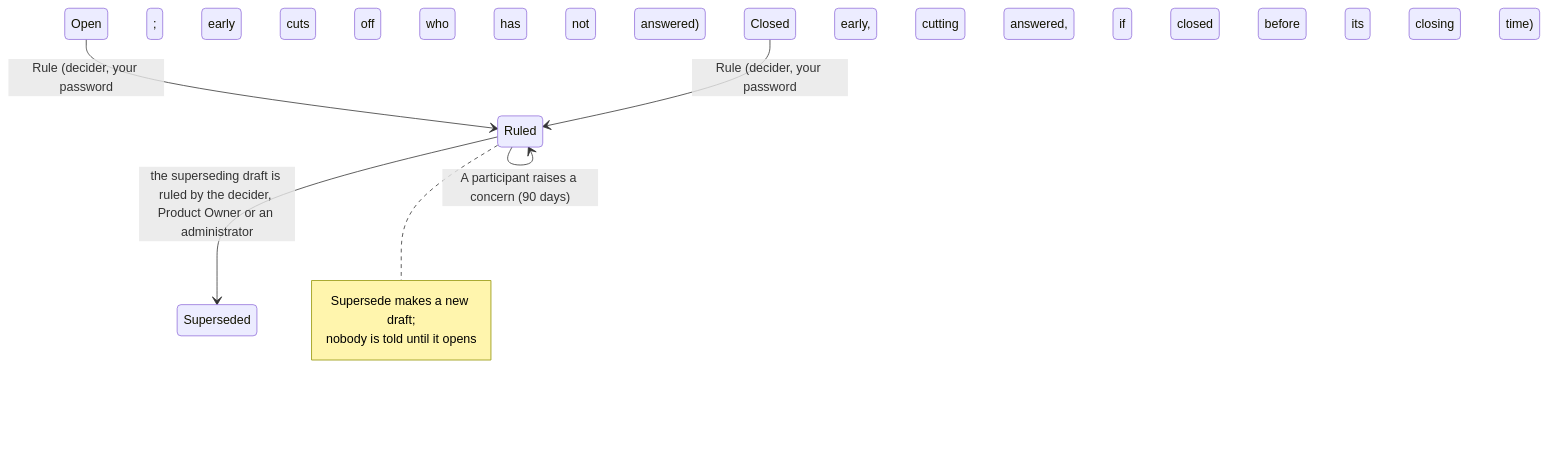
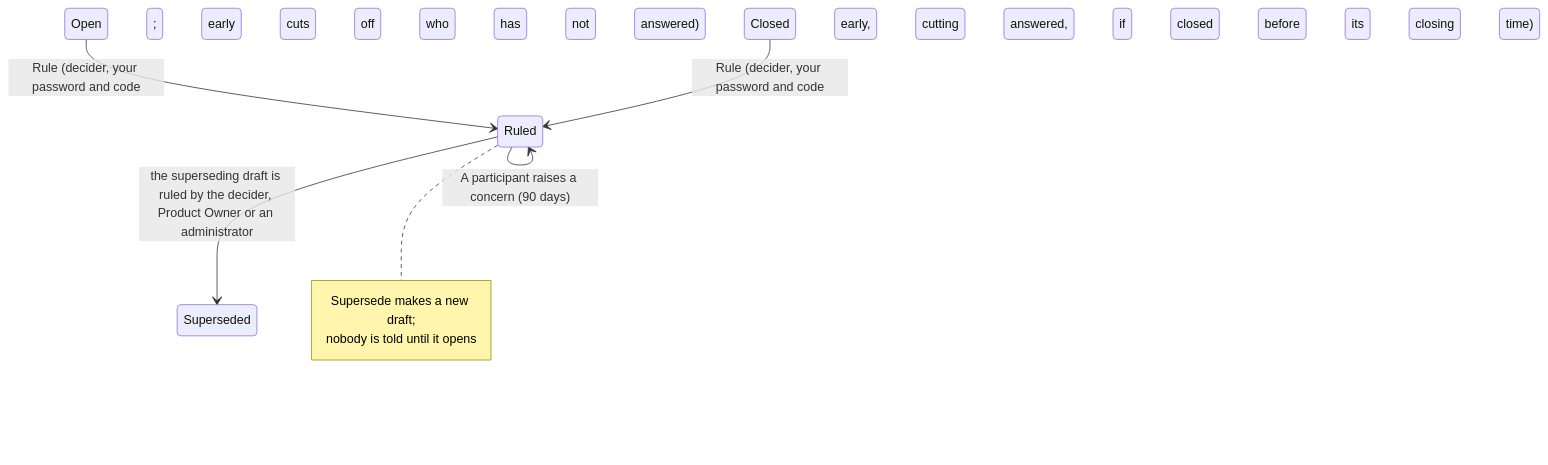
Before and after one commit to gitBoon/DumpFire: diagram 12 of 20 in docs/feature-overview.md, drawn with Mermaid. The commit also changed other lines of this file and 37 other files, not shown here.

````diff
--- a/docs/feature-overview.md
+++ b/docs/feature-overview.md
@@ -387,12 +387,12 @@
 ```mermaid
 stateDiagram-v2
-    Open --> Ruled: Rule (decider, your password; early cuts off who has not answered)
-    Closed --> Ruled: Rule (decider, your password; early, cutting off who has not answered, if closed before its closing time)
-    Ruled --> Ruled: Release results (decider, your password, one way)
+    Open --> Ruled: Rule (decider, your password and code; early cuts off who has not answered)
+    Closed --> Ruled: Rule (decider, your password and code; early, cutting off who has not answered, if closed before its closing time)
+    Ruled --> Ruled: Release results (decider, your password and code, one way)
     Ruled --> Ruled: A participant raises a concern (90 days)
     Ruled --> Superseded: the superseding draft is ruled by the decider, Product Owner or an administrator
     note right of Ruled
         Supersede makes a new draft;
         nobody is told until it opens
     end note
 ```
````
